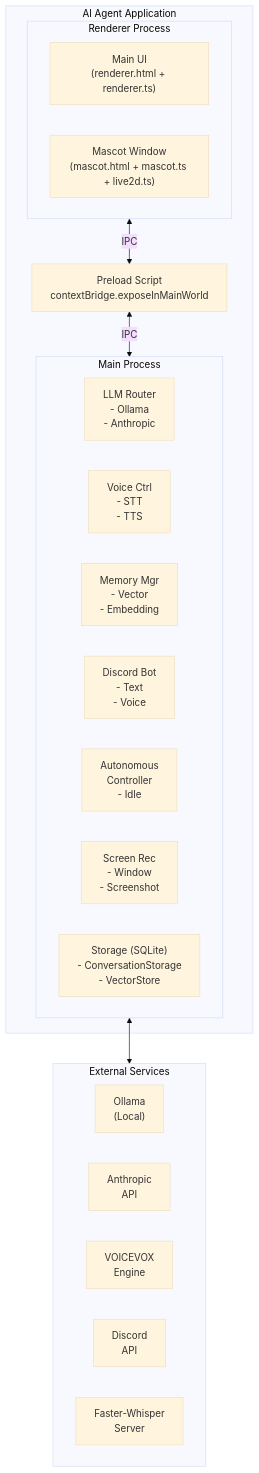
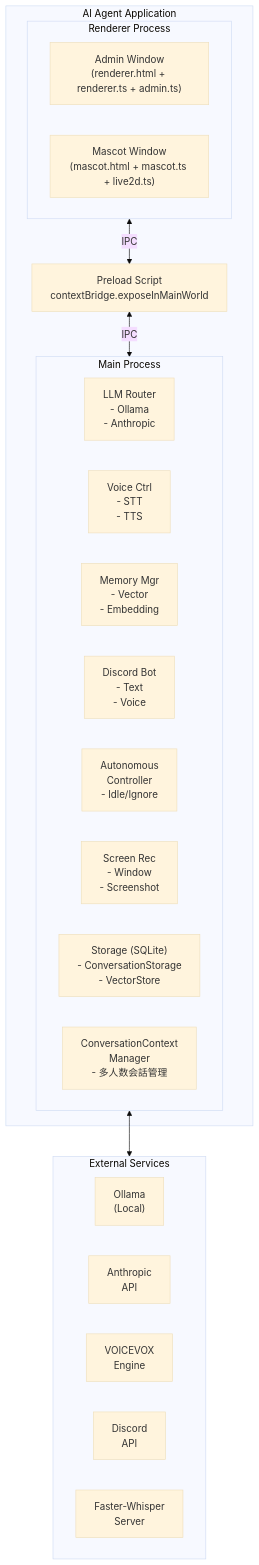
Before and after one commit to Ichiyou1922/AI_Development: the first of 3 diagrams in cheetsheets/develop/01-architecture-overview.md, drawn with Mermaid (base theme). The commit also changed other lines of this file and 10 other files, not shown here.

````diff
--- a/cheetsheets/develop/01-architecture-overview.md
+++ b/cheetsheets/develop/01-architecture-overview.md
@@ -7,34 +7,35 @@
 ```mermaid
 graph TB
     subgraph App["AI Agent Application"]
         subgraph Renderer["Renderer Process"]
-            MainUI["Main UI<br/>(renderer.html + renderer.ts)"]
+            AdminUI["Admin Window<br/>(renderer.html + renderer.ts + admin.ts)"]
             Mascot["Mascot Window<br/>(mascot.html + mascot.ts + live2d.ts)"]
         end
 
         Preload["Preload Script<br/>contextBridge.exposeInMainWorld"]
 
         subgraph Main["Main Process"]
             LLM["LLM Router<br/>- Ollama<br/>- Anthropic"]
             Voice["Voice Ctrl<br/>- STT<br/>- TTS"]
             Memory["Memory Mgr<br/>- Vector<br/>- Embedding"]
             Discord["Discord Bot<br/>- Text<br/>- Voice"]
-            Auto["Autonomous<br/>Controller<br/>- Idle"]
+            Auto["Autonomous<br/>Controller<br/>- Idle/Ignore"]
             Screen["Screen Rec<br/>- Window<br/>- Screenshot"]
             Storage["Storage (SQLite)<br/>- ConversationStorage<br/>- VectorStore"]
+            ContextMgr["ConversationContext<br/>Manager<br/>- 多人数会話管理"]
         end
 
         Renderer <-->|IPC| Preload
         Preload <-->|IPC| Main
     end
 
     subgraph External["External Services"]
         Ollama["Ollama<br/>(Local)"]
         Anthropic["Anthropic<br/>API"]
         VOICEVOX["VOICEVOX<br/>Engine"]
         DiscordAPI["Discord<br/>API"]
         Whisper["Faster-Whisper<br/>Server"]
     end
 
     Main <--> External
 ```
````
